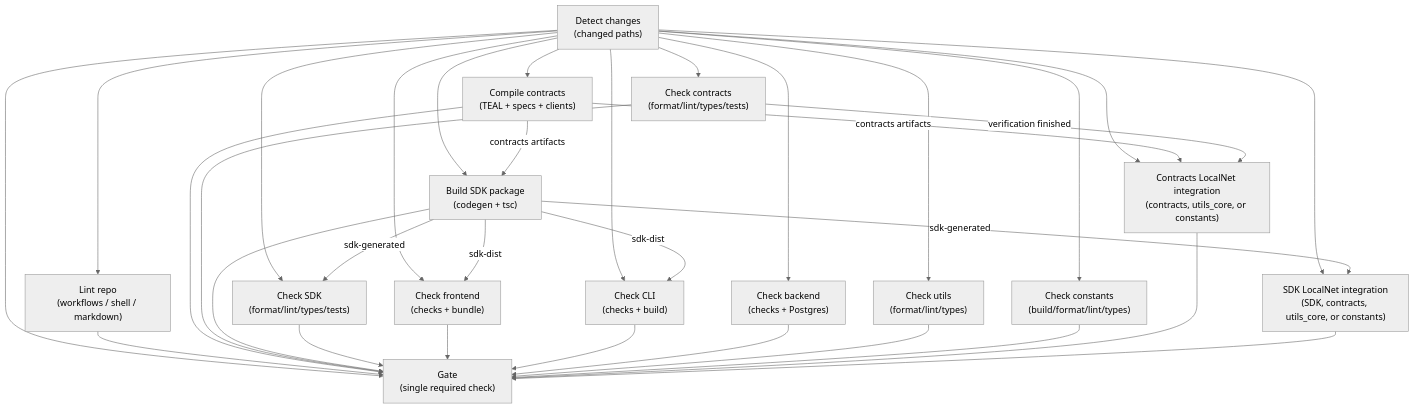
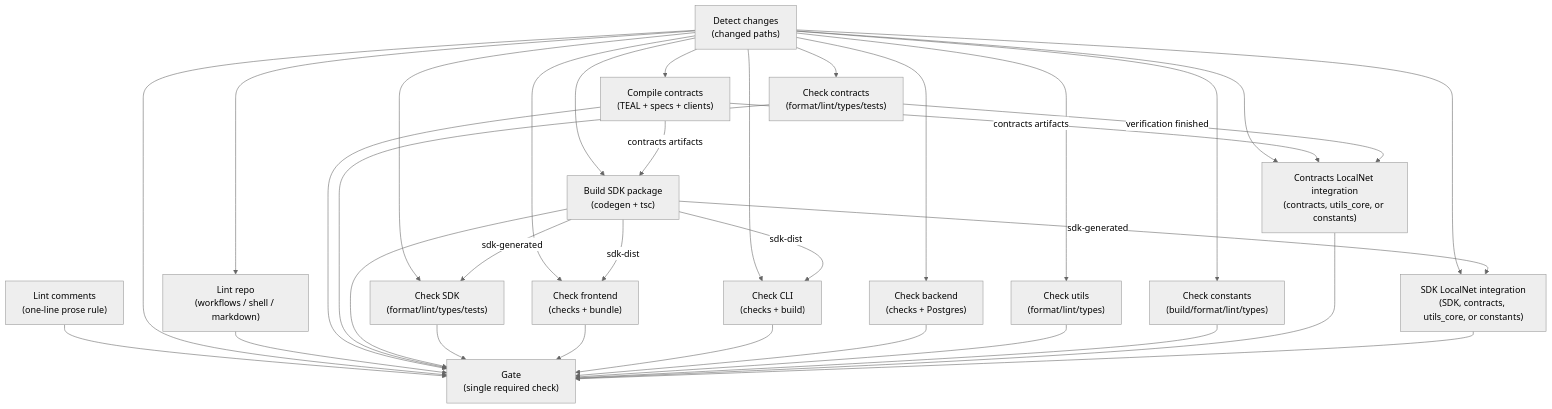
Before and after one commit to kasakame/kasakame: the diagram in docs/ci.md, drawn with Mermaid (neutral theme). The commit also changed other lines of this file and 126 other files, not shown here.

First line of the commit message:
docs: keep comments to one line and 200 characters (#351)

````diff
--- a/docs/ci.md
+++ b/docs/ci.md
@@ -101,50 +102,52 @@
 ```mermaid
 flowchart TD
     changes["Detect changes<br/>(changed paths)"]
+    comments["Lint comments<br/>(one-line prose rule)"]
     repo["Lint repo<br/>(workflows / shell / markdown)"]
     buildc["Compile contracts<br/>(TEAL + specs + clients)"]
     contracts["Check contracts<br/>(format/lint/types/tests)"]
     buildsdk["Build SDK package<br/>(codegen + tsc)"]
     sdk["Check SDK<br/>(format/lint/types/tests)"]
     frontend["Check frontend<br/>(checks + bundle)"]
     cli["Check CLI<br/>(checks + build)"]
     backend["Check backend<br/>(checks + Postgres)"]
     utils["Check utils<br/>(format/lint/types)"]
     constants["Check constants<br/>(build/format/lint/types)"]
     integrationcontracts["Contracts LocalNet integration<br/>(contracts, utils_core, or constants)"]
     integrationsdk["SDK LocalNet integration<br/>(SDK, contracts, utils_core, or constants)"]
     gate["Gate<br/>(single required check)"]
 
     changes --> repo
+    comments --> gate
     changes --> buildc
     changes --> contracts
     changes --> buildsdk
     changes --> sdk
     changes --> frontend
     changes --> cli
     changes --> backend
     changes --> utils
     changes --> constants
     changes --> integrationcontracts
     changes --> integrationsdk
     changes --> gate
     buildc -->|"contracts artifacts"| buildsdk
     buildc -->|"contracts artifacts"| integrationcontracts
     contracts -->|"verification finished"| integrationcontracts
     buildsdk -->|"sdk-generated"| sdk
     buildsdk -->|"sdk-generated"| integrationsdk
     buildsdk -->|"sdk-dist"| frontend
     buildsdk -->|"sdk-dist"| cli
     repo --> gate
     buildc --> gate
     contracts --> gate
     buildsdk --> gate
     sdk --> gate
     frontend --> gate
     cli --> gate
     backend --> gate
     utils --> gate
     constants --> gate
     integrationcontracts --> gate
     integrationsdk --> gate
 ```
````
